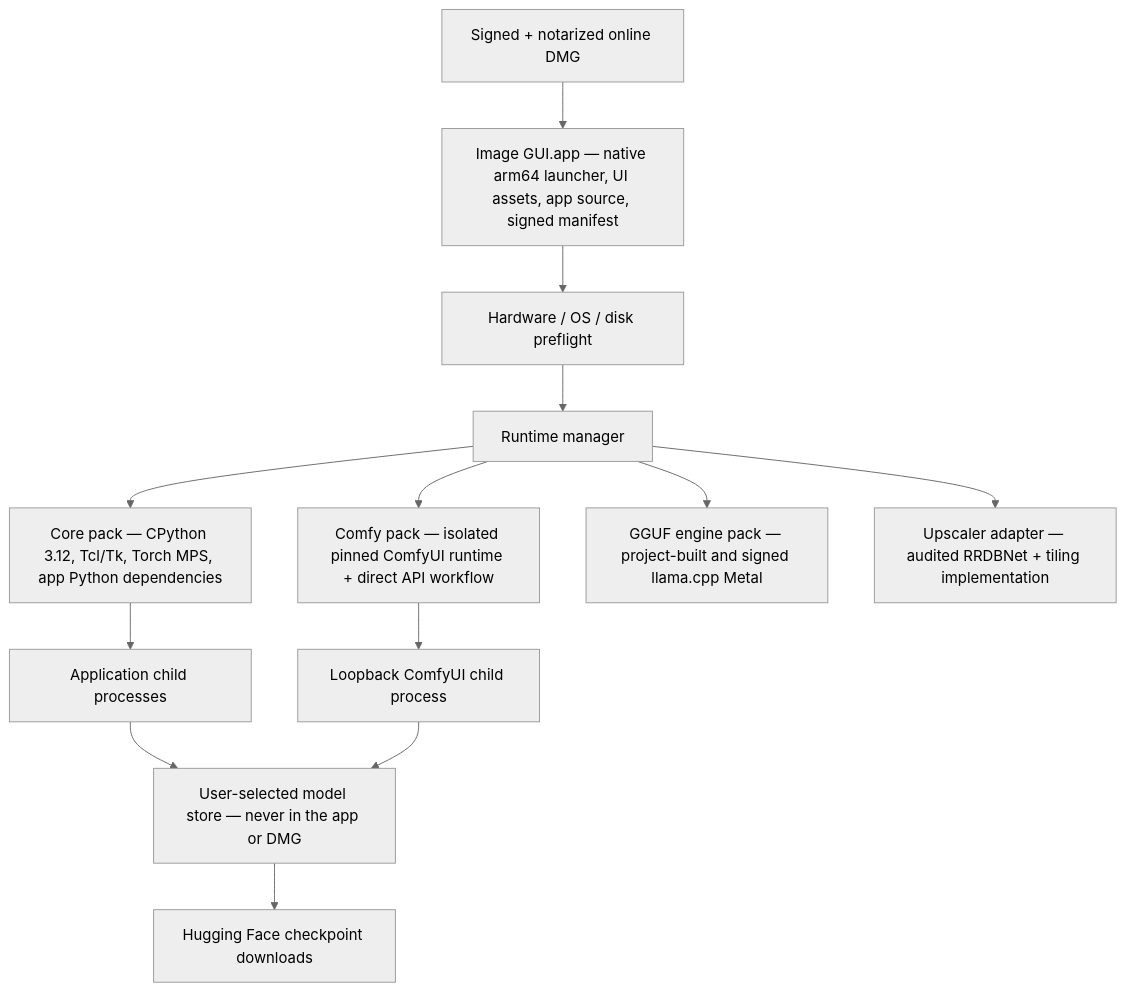
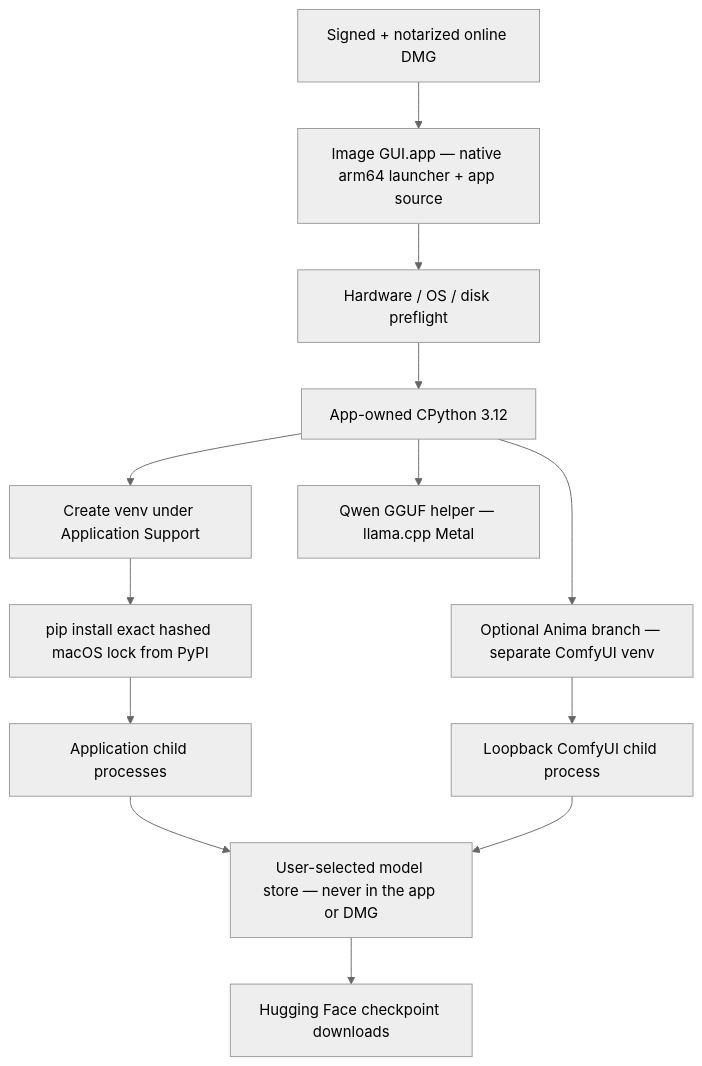
Before and after one commit to jaredturck/Image-GUI: the second of 2 diagrams in docs/README.md, drawn with Mermaid (neutral theme). The commit also changed other lines of this file and 6 other files, not shown here.

````diff
--- a/docs/README.md
+++ b/docs/README.md
@@ -435,15 +395,15 @@
 ```mermaid
 flowchart TD
-    D["Signed + notarized online DMG"] --> A["Image GUI.app — native arm64 launcher, UI assets, app source, signed manifest"]
+    D["Signed + notarized online DMG"] --> A["Image GUI.app — native arm64 launcher + app source"]
     A --> H["Hardware / OS / disk preflight"]
-    H --> R["Runtime manager"]
-    R --> C["Core pack — CPython 3.12, Tcl/Tk, Torch MPS, app Python dependencies"]
-    R --> F["Comfy pack — isolated pinned ComfyUI runtime + direct API workflow"]
-    R --> V["GGUF engine pack — project-built and signed llama.cpp Metal"]
-    R --> U["Upscaler adapter — audited RRDBNet + tiling implementation"]
-    C --> P["Application child processes"]
+    H --> R["App-owned CPython 3.12"]
+    R --> C["Create venv under Application Support"]
+    C --> I["pip install exact hashed macOS lock from PyPI"]
+    I --> P["Application child processes"]
+    R --> F["Optional Anima branch — separate ComfyUI venv"]
+    R --> V["Qwen GGUF helper — llama.cpp Metal"]
     F --> L["Loopback ComfyUI child process"]
     P --> S["User-selected model store — never in the app or DMG"]
     L --> S
     S --> HF["Hugging Face checkpoint downloads"]
 ```
````
